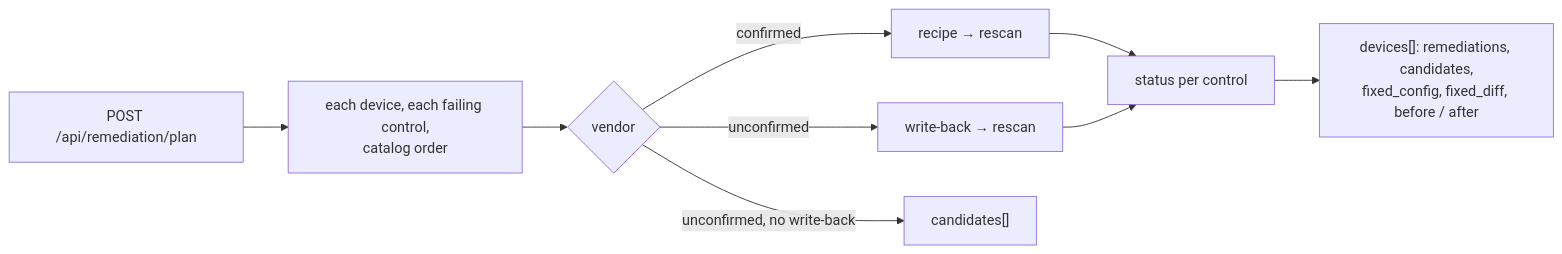
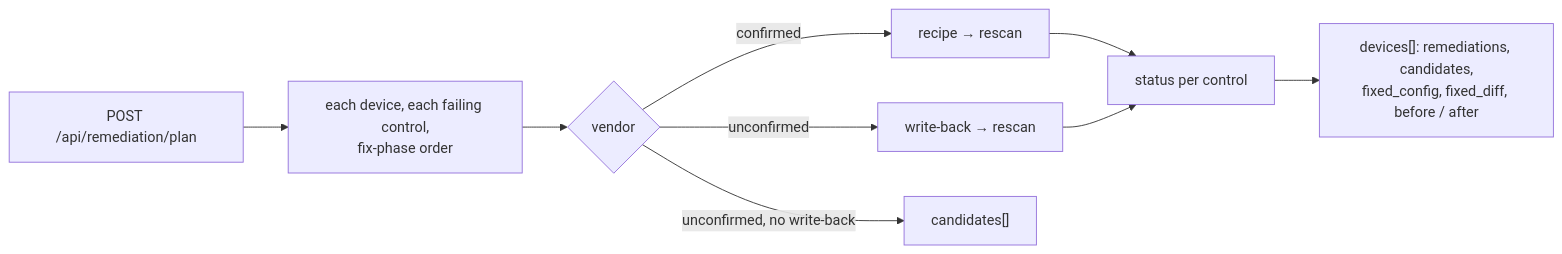
One commit to astrilo-monk/sih-26155 changed the second of 2 diagrams in docs/api.md. Above: the diagram before and after it, drawn with Mermaid. The commit also changed other lines of this file and 48 other files, not shown here.

````diff
--- a/docs/api.md
+++ b/docs/api.md
@@ -303,11 +328,11 @@
 ```mermaid
 flowchart LR
-    REQ["POST /api/remediation/plan"] --> EACH["each device, each failing control,<br/>catalog order"]
+    REQ["POST /api/remediation/plan"] --> EACH["each device, each failing control,<br/>fix-phase order"]
     EACH --> VS{"vendor"}
     VS -->|"confirmed"| REC["recipe → rescan"]
     VS -->|"unconfirmed"| WB["write-back → rescan"]
     VS -->|"unconfirmed, no write-back"| CD["candidates[]"]
     REC --> ST["status per control"]
     WB --> ST
     ST --> OUT["devices[]: remediations, candidates,<br/>fixed_config, fixed_diff, before / after"]
 ```
````
